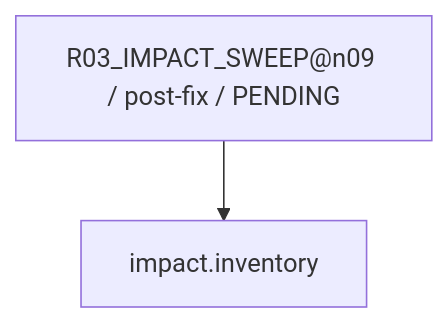
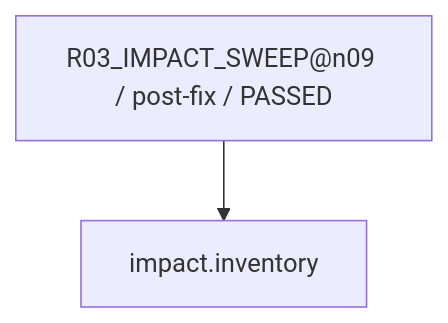
One commit to rrikunagasige-dot/kyotsu-step-web changed diagram 23 of 30 in work/items/W-MATH-035-choice-order-factor-audit/generated/CAPABILITY_FIRE_DIAGRAM.md. Above: the diagram before and after it, drawn with Mermaid. The commit also changed other lines of this file and 661 other files, not shown here.

````diff
--- a/work/items/W-MATH-035-choice-order-factor-audit/generated/CAPABILITY_FIRE_DIAGRAM.md
+++ b/work/items/W-MATH-035-choice-order-factor-audit/generated/CAPABILITY_FIRE_DIAGRAM.md
@@ -369,6 +369,6 @@
 ```mermaid
 flowchart TD
-  N0["R03_IMPACT_SWEEP@n09 / post-fix / PENDING"]
+  N0["R03_IMPACT_SWEEP@n09 / post-fix / PASSED"]
   N1["impact.inventory"]
   N0 --> N1
 ```
````
